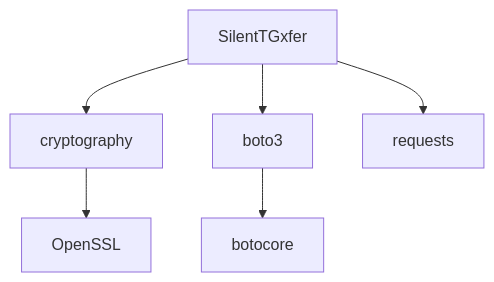
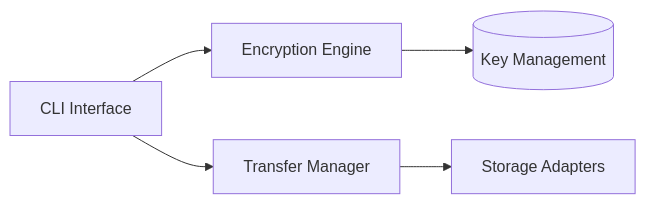
One commit to Da7rkx0/SilentTGxfer changed the diagram in README.md. Above: the diagram before and after it, drawn with Mermaid. The commit also changed other lines of this file, not shown here.

````diff
--- a/README.md
+++ b/README.md
@@ -111,8 +13,7 @@
 ```mermaid
-graph TD
-    A[SilentTGxfer] --> B[cryptography]
-    A --> C[boto3]
-    A --> D[requests]
-    B --> E[OpenSSL]
-    C --> F[botocore]
+graph LR
+    A[CLI Interface] --> B[Encryption Engine]
+    A --> C[Transfer Manager]
+    B --> D[(Key Management)]
+    C --> E[Storage Adapters]
 ```
````
